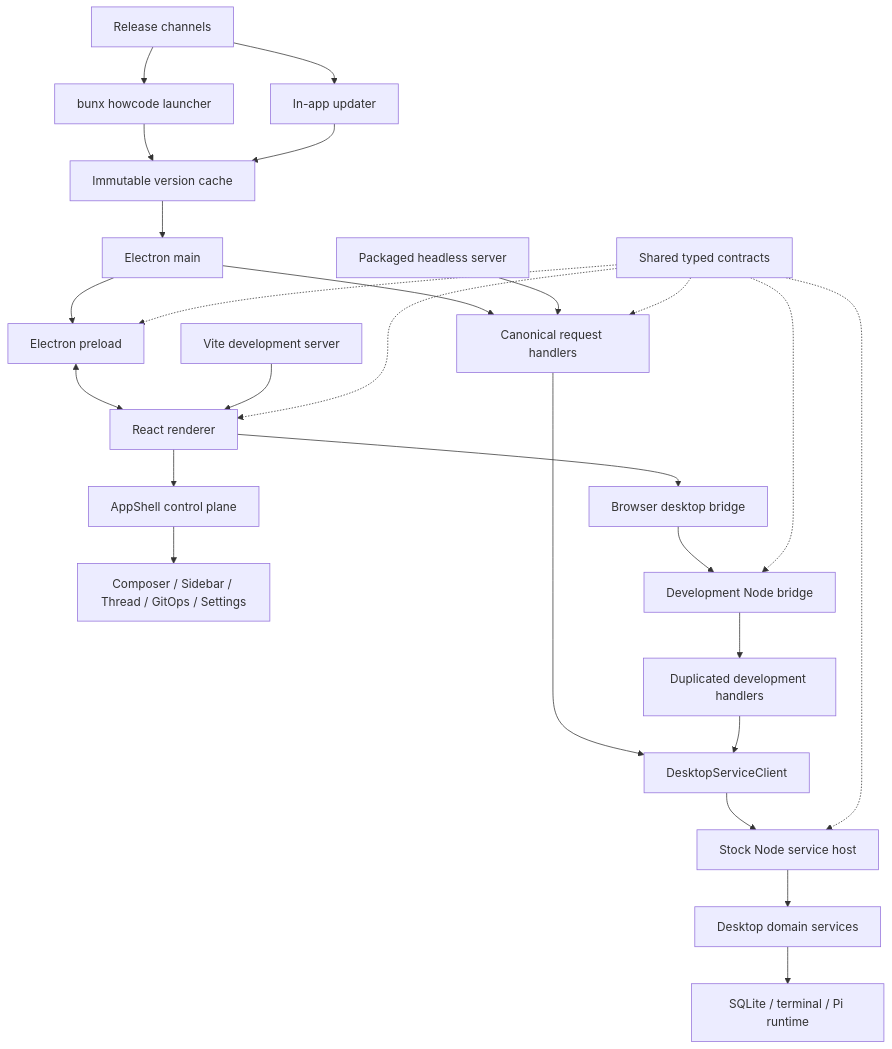
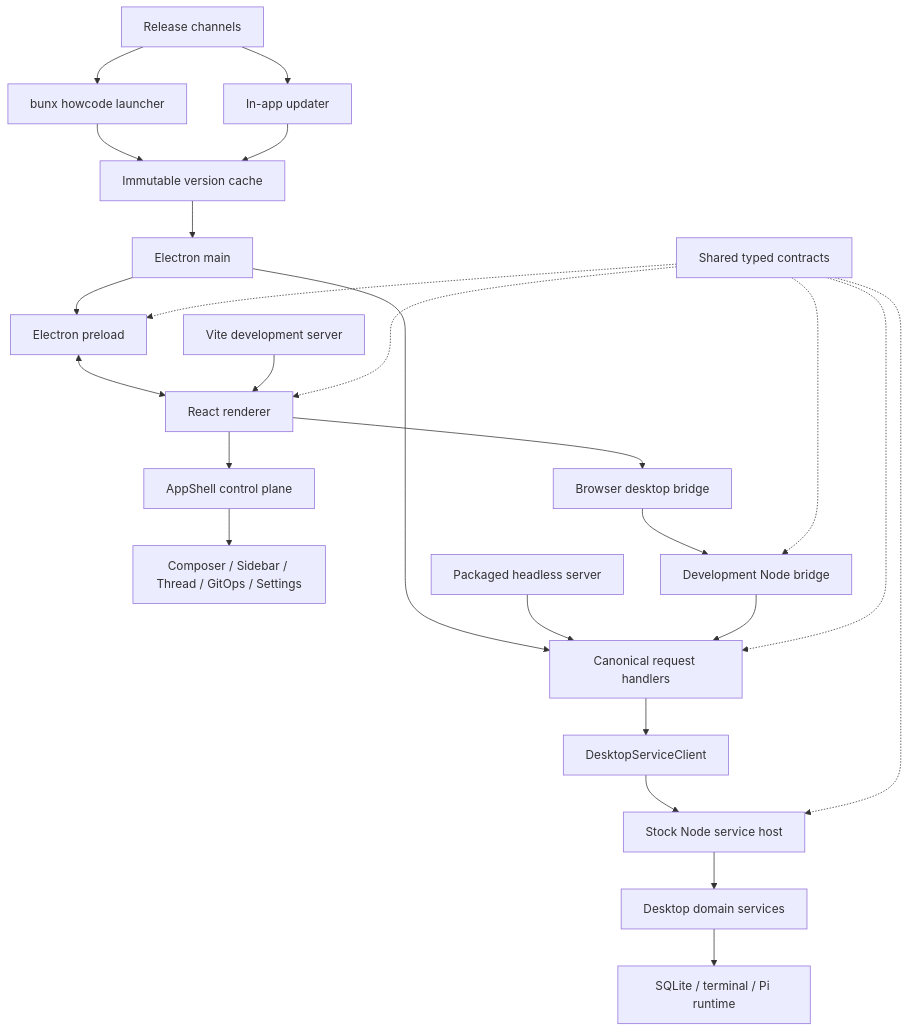
Before and after one commit to IgorWarzocha/howcode: the diagram in docs/agent-native-hardening.md, drawn with Mermaid. The commit also changed other lines of this file and 10 other files, not shown here.

````diff
--- a/docs/agent-native-hardening.md
+++ b/docs/agent-native-hardening.md
@@ -31,34 +31,33 @@
 ```mermaid
 flowchart TD
     Release["Release channels"] --> Launcher["bunx howcode launcher"]
     Release --> Updater["In-app updater"]
     Launcher --> Cache["Immutable version cache"]
     Updater --> Cache
     Cache --> Electron["Electron main"]
 
     Electron --> Preload["Electron preload"]
     Preload <--> Renderer["React renderer"]
 
     Renderer --> AppShell["AppShell control plane"]
     AppShell --> Features["Composer / Sidebar / Thread / GitOps / Settings"]
 
     Electron --> ProdHandlers["Canonical request handlers"]
     Headless["Packaged headless server"] --> ProdHandlers
 
     DevServer["Vite development server"] --> Renderer
     Renderer --> BrowserBridge["Browser desktop bridge"]
     BrowserBridge --> DevBridge["Development Node bridge"]
-    DevBridge --> DevHandlers["Duplicated development handlers"]
+    DevBridge --> ProdHandlers
 
     ProdHandlers --> ServiceClient["DesktopServiceClient"]
-    DevHandlers --> ServiceClient
     ServiceClient --> ServiceHost["Stock Node service host"]
     ServiceHost --> Backend["Desktop domain services"]
     Backend --> Native["SQLite / terminal / Pi runtime"]
 
     Contracts["Shared typed contracts"] -.-> Renderer
     Contracts -.-> Preload
     Contracts -.-> ProdHandlers
     Contracts -.-> DevBridge
     Contracts -.-> ServiceHost
 ```
````
